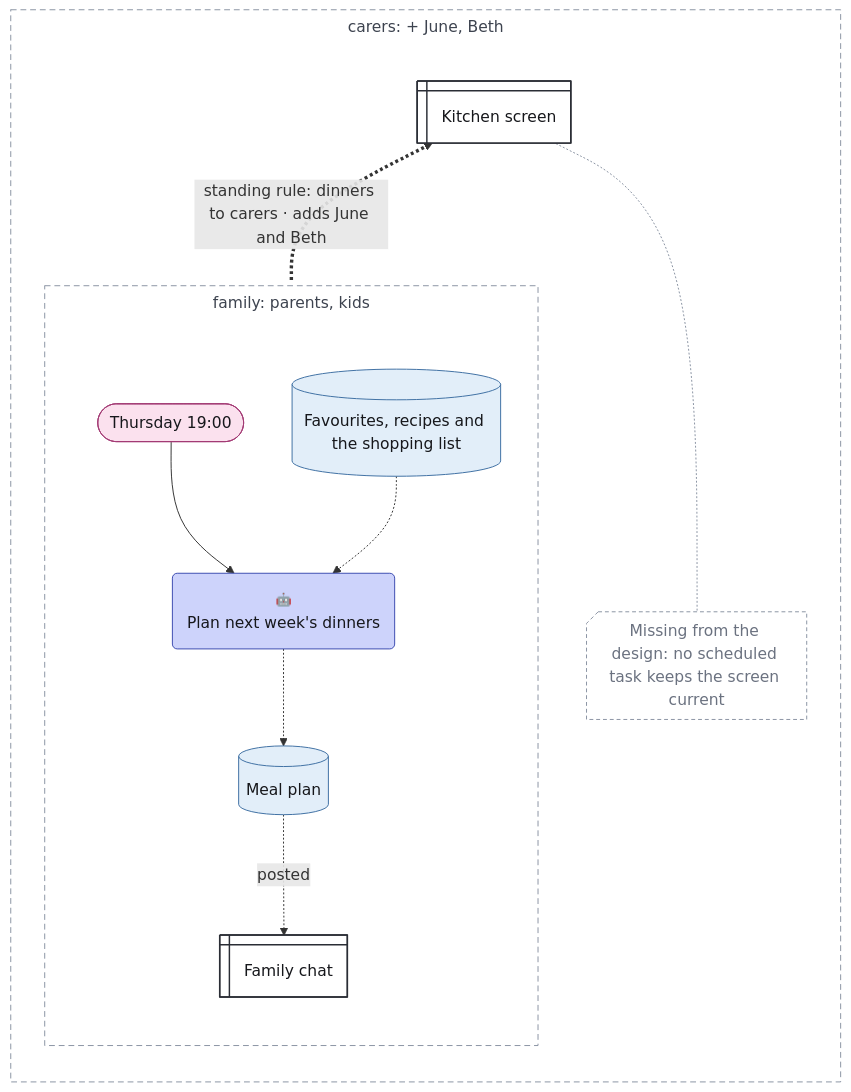
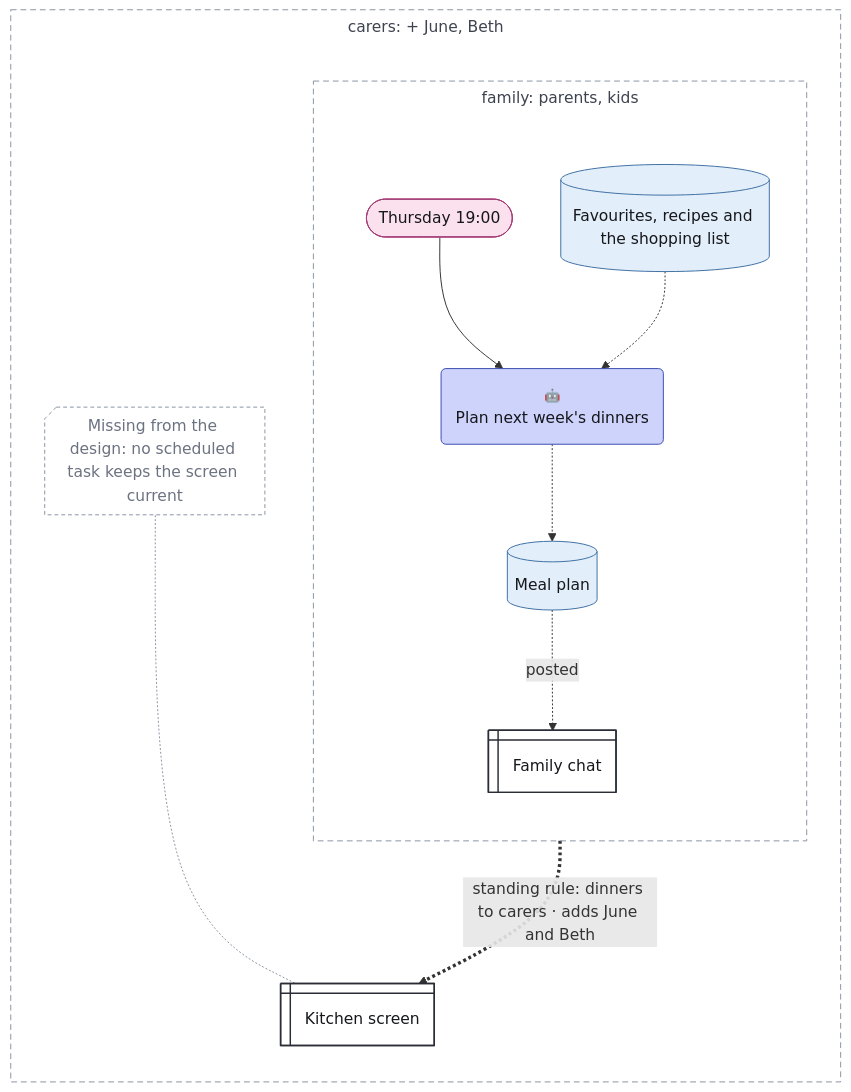
The diagram in examples/dinners.mmd (chrismdp/awml), drawn with Mermaid before and after one commit. The commit also changed 49 other files, not shown here.

```diff
--- a/examples/dinners.mmd
+++ b/examples/dinners.mmd
@@ -1,50 +1,50 @@
 ---
 config:
   theme: default
   fontFamily: Inter, sans-serif
   flowchart:
     useMaxWidth: false
     subGraphTitleMargin:
       top: 6
       bottom: 30
 ---
 flowchart TB
   subgraph carers["carers#58; #43; June#44; Beth"]
     direction TB
     screen@{ shape: win-pane, label: "Kitchen screen" }
     screen_gap@{ shape: notch-rect, label: "Missing from the design#58; no scheduled task keeps the screen current" }
     subgraph family["family#58; parents#44; kids"]
       direction TB
       thu(["Thursday 19#58;00"])
       favourites[("Favourites#44; recipes and the shopping list")]
       plan("<small style='color:rgb(61,67,79)'>🤖</small><br>Plan next week#39;s dinners")
       mealplan[("Meal plan")]
       chat@{ shape: win-pane, label: "Family chat" }
     end
   end
 
   thu --> plan
   favourites -.-> plan
   plan -.-> mealplan
   mealplan -.->|"posted"| chat
-  screen <==>|"standing rule#58; dinners to carers · adds June and Beth"| mealplan
-  screen -.- screen_gap
+  mealplan ==>|"standing rule#58; dinners to carers · adds June and Beth"| screen
+  screen_gap -.- screen
   classDef trig fill:#fbe1ee,stroke:#a33a74,color:#16171b
   classDef ctx fill:#e2eef9,stroke:#3d6fa3,color:#16171b
   classDef con fill:#eceef2,stroke:#5d6472,color:#16171b
   classDef surf fill:#ffffff,stroke:#2a2d35,stroke-width:1.5px,color:#16171b
   classDef out fill:#fde4dc,stroke:#b5532f,color:#16171b
   classDef ai fill:#cdd3fb,stroke:#3b4bb0,color:#16171b
   classDef code fill:#c4e3d1,stroke:#2b7a4f,color:#16171b
   classDef person fill:#f7d79a,stroke:#9a6100,color:#16171b
   classDef uml fill:#16171b,stroke:#16171b,color:#16171b
   classDef gap fill:#ffffff,stroke:#8a93a3,stroke-dasharray:4 3,color:#6b7280
   class thu trig
   class favourites,mealplan ctx
   class screen,chat surf
   class plan ai
   class screen_gap gap
   style carers fill:transparent,stroke:#8a93a3,stroke-dasharray:6 4,color:#3d434f
   style family fill:transparent,stroke:#8a93a3,stroke-dasharray:6 4,color:#3d434f
-  linkStyle 4 stroke-dasharray:3,marker-end:none
+  linkStyle 4 stroke-dasharray:3
   linkStyle 5 stroke:#8a93a3
```
